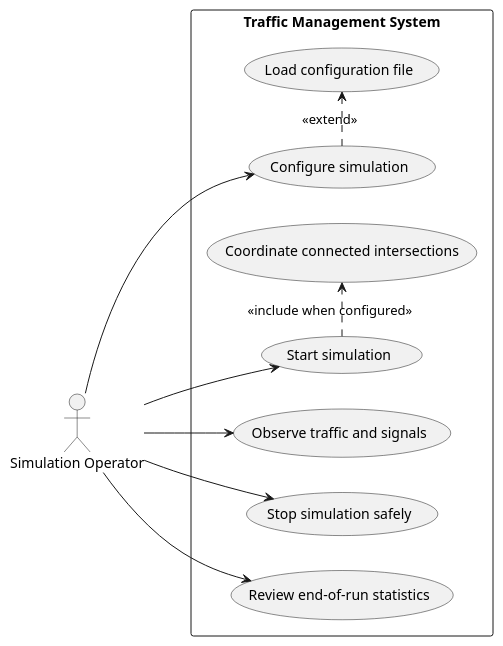
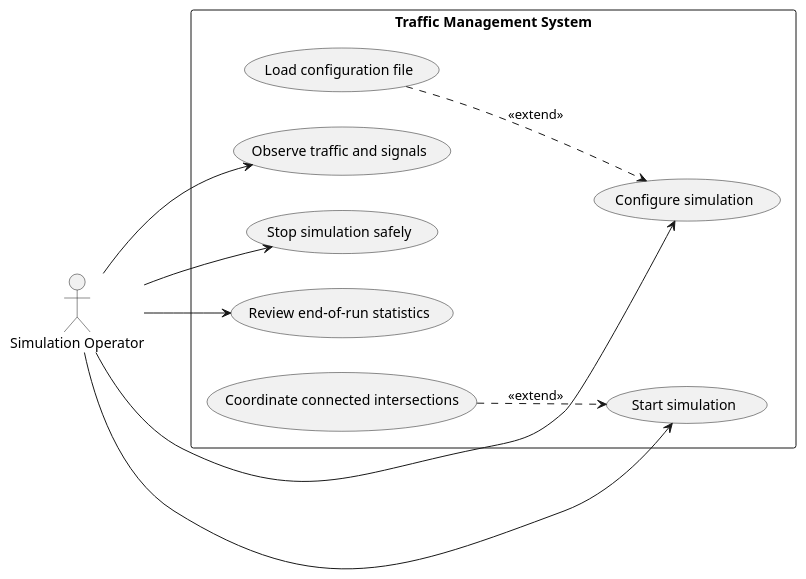
One commit to team16-traffic-management/team16-traffic-management-system changed the diagram in Documents/diagrams/TMS_Use_Case_Diagram.puml. Above: the diagram before and after it, drawn with PlantUML.

Commit message:
docs: refine UML diagrams against implementation

```diff
--- a/Documents/diagrams/TMS_Use_Case_Diagram.puml
+++ b/Documents/diagrams/TMS_Use_Case_Diagram.puml
@@ -1,20 +1,20 @@
 @startuml
 left to right direction
 actor "Simulation Operator" as Operator
 rectangle "Traffic Management System" {
   usecase "Configure simulation" as UC1
   usecase "Load configuration file" as UC2
   usecase "Start simulation" as UC3
   usecase "Observe traffic and signals" as UC4
   usecase "Stop simulation safely" as UC5
   usecase "Review end-of-run statistics" as UC6
   usecase "Coordinate connected intersections" as UC7
 }
 Operator --> UC1
-UC1 .> UC2 : <<extend>>
+UC2 ..> UC1 : <<extend>>
 Operator --> UC3
 Operator --> UC4
 Operator --> UC5
 Operator --> UC6
-UC3 .> UC7 : <<include when configured>>
+UC7 ..> UC3 : <<extend>>
 @enduml
```
